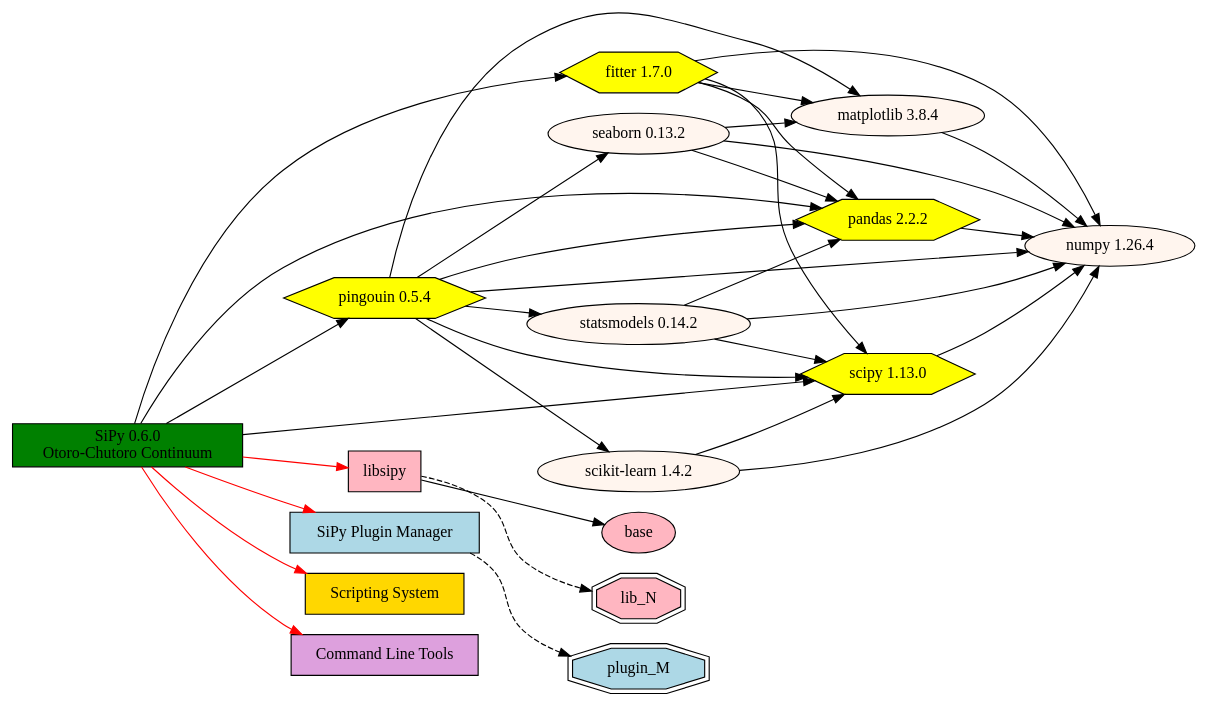
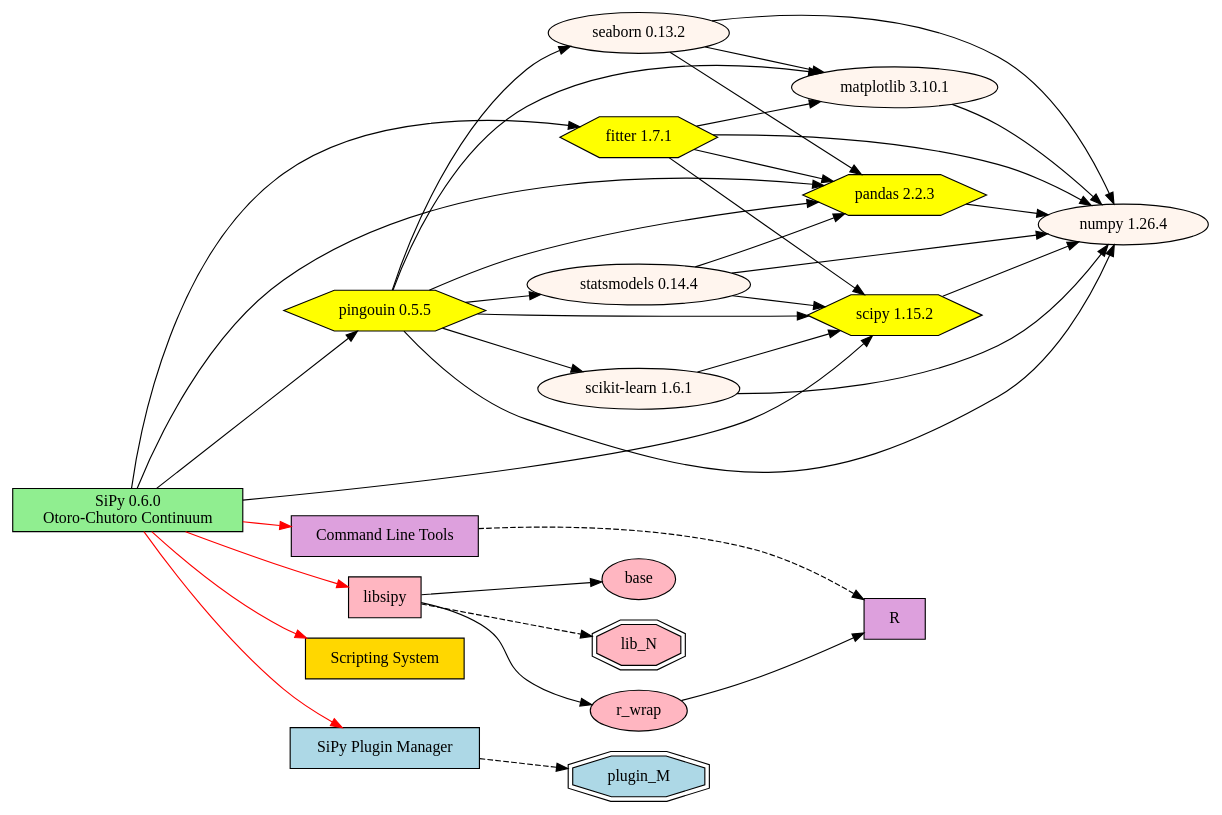
Before and after one commit to mauriceling/sipy: the diagram in manuscript/dependency.dot, drawn with Graphviz. The commit also changed 2 other files, not shown here.

```diff
--- a/manuscript/dependency.dot
+++ b/manuscript/dependency.dot
@@ -1,54 +1,59 @@
 digraph {
         rankdir = LR
         
-        SiPy [shape="rectangle" label="SiPy 0.6.0\nOtoro-Chutoro Continuum" fillcolor=green style=filled]
+        SiPy [shape="rectangle" label="SiPy 0.6.0\nOtoro-Chutoro Continuum" fillcolor=lightgreen style=filled]
         
         subgraph packages {
-        fitter [label="fitter 1.7.0" fillcolor=yellow style=filled shape=hexagon]
-        matplotlib [label="matplotlib 3.8.4" fillcolor=seashell style=filled]
+        fitter [label="fitter 1.7.1" fillcolor=yellow style=filled shape=hexagon]
+        matplotlib [label="matplotlib 3.10.1" fillcolor=seashell style=filled]
         numpy [label="numpy 1.26.4" fillcolor=seashell style=filled]
-        pandas [label="pandas 2.2.2" fillcolor=yellow style=filled shape=hexagon]
-        pingouin [label="pingouin 0.5.4" fillcolor=yellow style=filled shape=hexagon]
+        pandas [label="pandas 2.2.3" fillcolor=yellow style=filled shape=hexagon]
+        pingouin [label="pingouin 0.5.5" fillcolor=yellow style=filled shape=hexagon]
         seaborn [label="seaborn 0.13.2" fillcolor=seashell style=filled]
-        scipy [label="scipy 1.13.0" fillcolor=yellow style=filled shape=hexagon]
-        "scikit-learn" [label="scikit-learn 1.4.2" fillcolor=seashell style=filled]
-        statsmodels [label="statsmodels 0.14.2" fillcolor=seashell style=filled]
+        scipy [label="scipy 1.15.2" fillcolor=yellow style=filled shape=hexagon]
+        "scikit-learn" [label="scikit-learn 1.6.1" fillcolor=seashell style=filled]
+        statsmodels [label="statsmodels 0.14.4" fillcolor=seashell style=filled]
         
         SiPy -> {fitter pandas pingouin scipy}
         fitter -> {matplotlib numpy pandas scipy}
         matplotlib -> numpy
         pandas -> numpy
         pingouin -> {"scikit-learn" matplotlib numpy pandas scipy seaborn statsmodels}
         seaborn -> {matplotlib numpy pandas}
         scipy -> numpy
         "scikit-learn" -> {numpy scipy}
         statsmodels -> {numpy pandas scipy}
         }
         
         subgraph library {
         libsipy [shape="rectangle" label="libsipy" fillcolor=lightpink style=filled]
         base [fillcolor=lightpink style=filled]
+        r_wrap [fillcolor=lightpink style=filled]
         lib_N [fillcolor=lightpink style=filled shape=doubleoctagon]
         SiPy -> libsipy [color=red]
-        libsipy -> base 
+        libsipy -> base
+        libsipy -> r_wrap
         libsipy -> lib_N [style=dashed]
         }
         
         subgraph plugin {
         SPM [shape="rectangle" label="SiPy Plugin Manager" fillcolor=lightblue style=filled]
         SiPy -> SPM [color=red]
         plugin_M [fillcolor=lightblue style=filled shape=doubleoctagon]
         SPM -> plugin_M [style=dashed]
         }
         
         subgraph scripting {
         script_engine [shape="rectangle" label="Scripting System" fillcolor=gold style=filled]
         SiPy -> script_engine [color=red]
         }
         
         subgraph cmdtools {
         cmd [shape="rectangle" label="Command Line Tools" fillcolor=plum style=filled]
         SiPy -> cmd [color=red]
         }
-    
+
+        R [shape="rectangle" label="R" fillcolor=plum style=filled]
+        r_wrap -> R
+        cmd -> R [style=dashed]
 }
```
